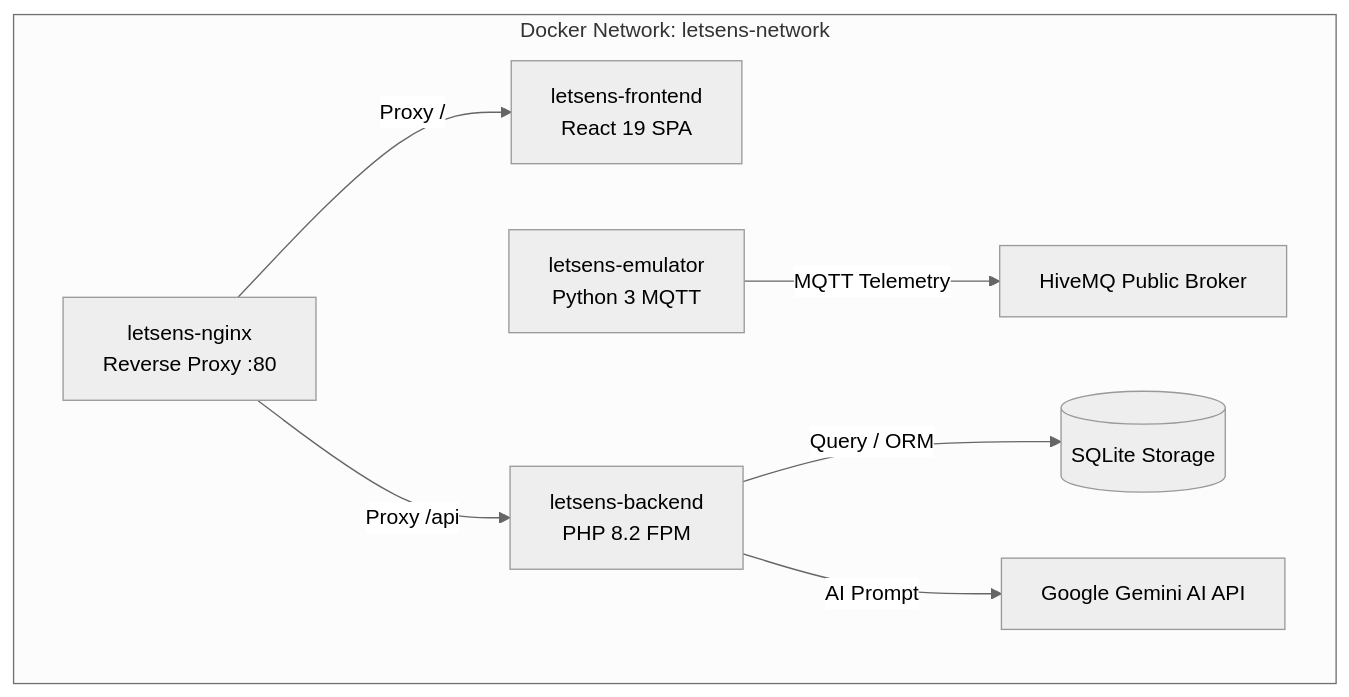
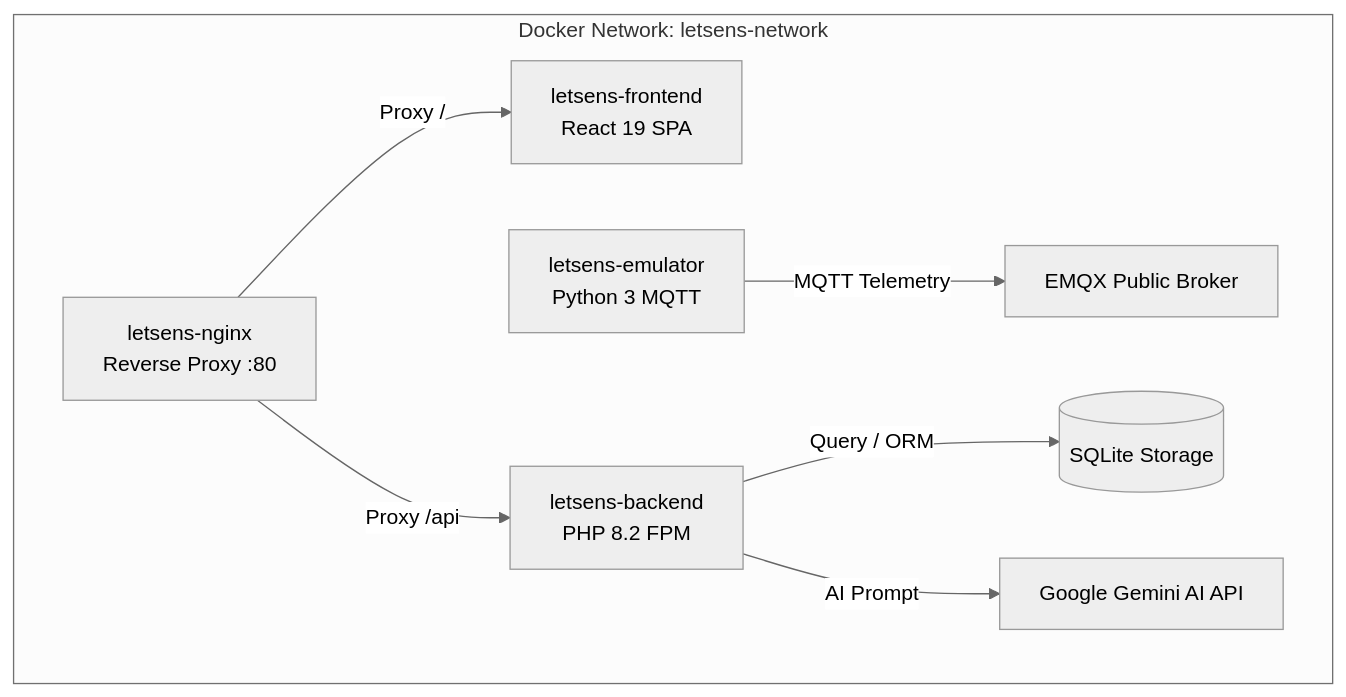
One commit to makerindo-repository/letsens changed the diagram in README.md. Above: the diagram before and after it, drawn with Mermaid (neutral theme). The commit also changed other lines of this file and 6 other files, not shown here.

First line of the commit message:
fix: unify MQTT broker to broker.emqx.io across entire codebase — QC end-to-end verified

````diff
--- a/README.md
+++ b/README.md
@@ -36,10 +36,10 @@
 ```mermaid
 graph TD
     subgraph Docker Network: letsens-network
         Nginx["letsens-nginx<br/>Reverse Proxy :80"] -->|Proxy /| Frontend["letsens-frontend<br/>React 19 SPA"]
         Nginx -->|Proxy /api| Backend["letsens-backend<br/>PHP 8.2 FPM"]
-        Emulator["letsens-emulator<br/>Python 3 MQTT"] -->|MQTT Telemetry| HiveMQ["HiveMQ Public Broker"]
+        Emulator["letsens-emulator<br/>Python 3 MQTT"] -->|MQTT Telemetry| EMQX["EMQX Public Broker"]
         Backend -->|Query / ORM| DB[("SQLite Storage")]
         Backend -->|AI Prompt| Gemini["Google Gemini AI API"]
     end
 ```
````
